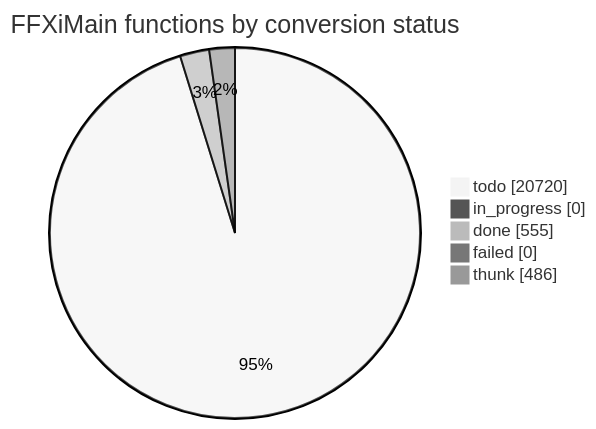
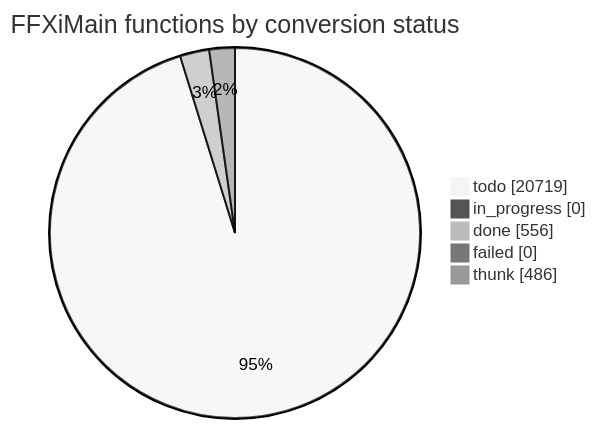
The diagram in docs/cow/STATUS.md (cowrevenge/cow_kuluu_xi_anything), drawn with Mermaid (neutral theme) before and after one commit. The commit also changed other lines of this file and 9 other files, not shown here.

````diff
--- a/docs/cow/STATUS.md
+++ b/docs/cow/STATUS.md
@@ -18,9 +18,9 @@
 ```mermaid
 pie showData
     title FFXiMain functions by conversion status
-    "todo" : 20720
+    "todo" : 20719
     "in_progress" : 0
-    "done" : 555
+    "done" : 556
     "failed" : 0
     "thunk" : 486
 ```
````
